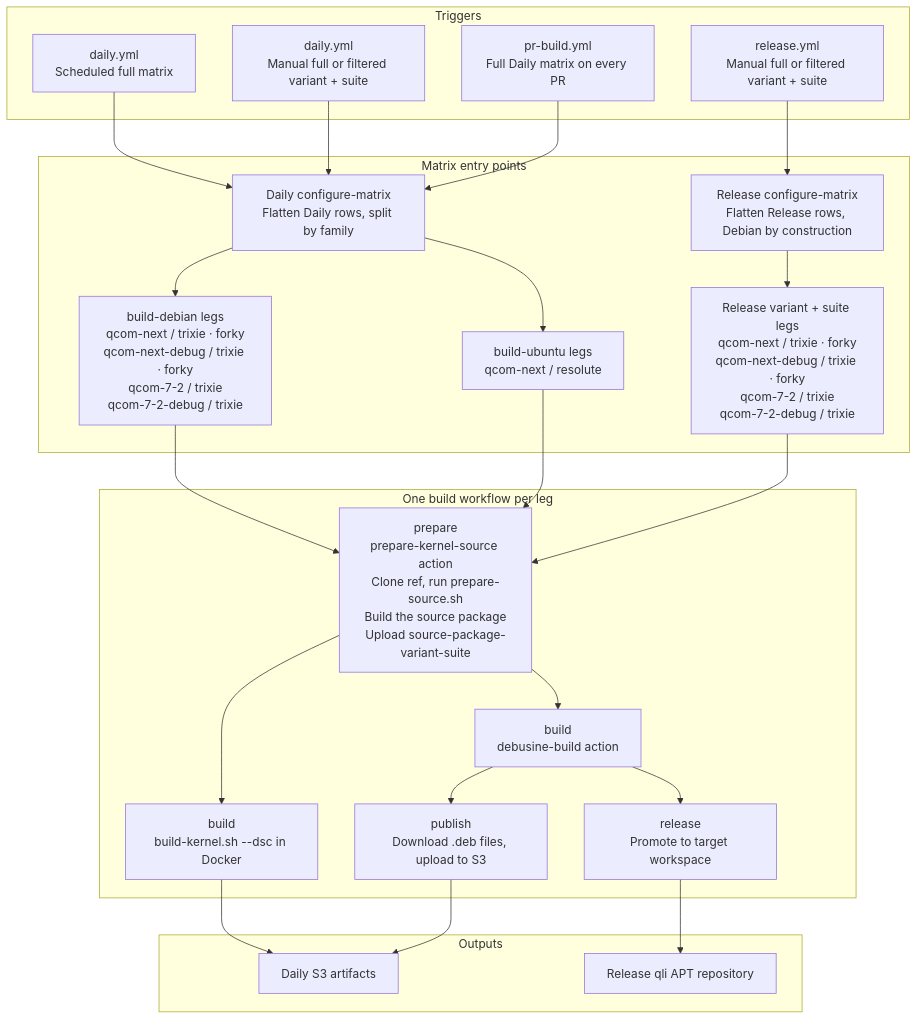
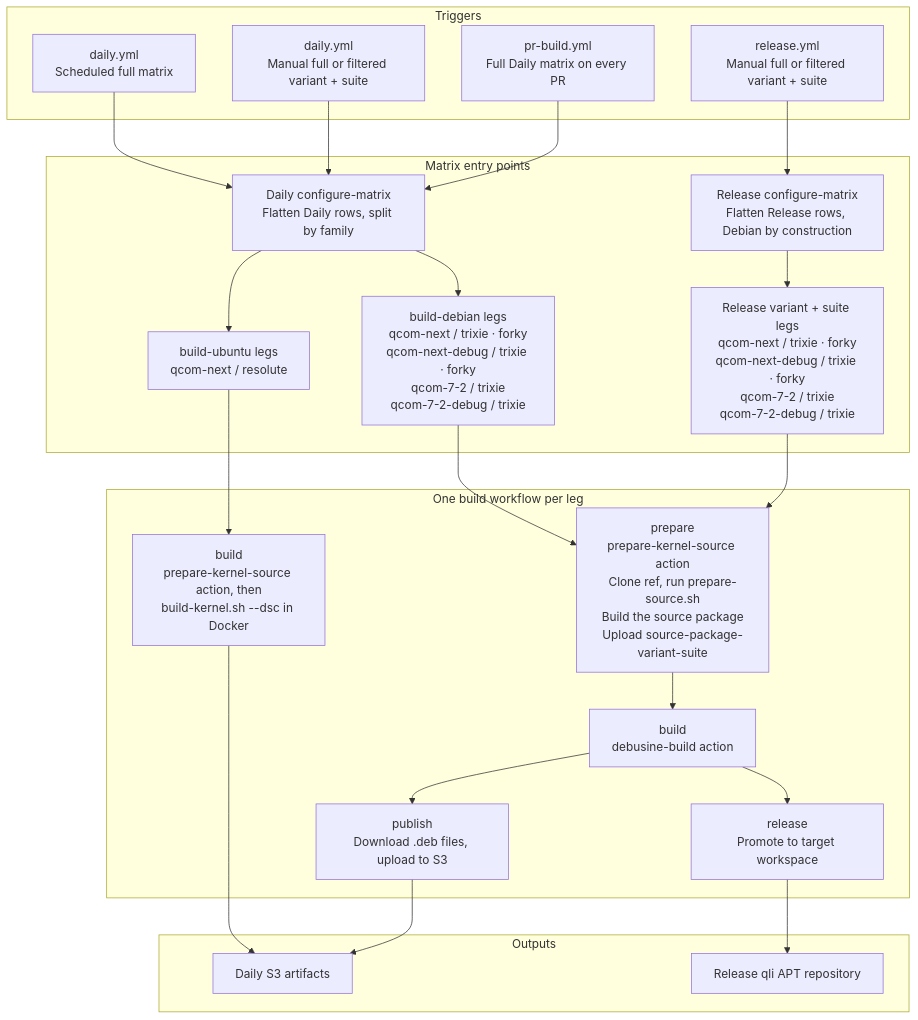
The second of 6 diagrams in README.md (qualcomm-linux/pkg-linux-qcom), drawn with Mermaid before and after one commit. The commit also changed other lines of this file and 1 other file, not shown here.

Commit message:
ci: build the Ubuntu leg in one job
The prepare job and the build job ran on the same runner label, so the
only thing the artifact between them did was cross a job boundary that
had no other reason to exist: uploaded by one ephemeral runner to be
downloaded by the next. One job now clones, prepares, builds the source
package and builds the binaries from it in place. The action still
uploads the .changes set, as the record of what was built, but nothing
downloads it.

The build job's own image-fetch step goes with it. It repeated the
action's pull-or-build decision for one suite; the action makes that
decision for every suite before prepare-source.sh runs, and leaves the
docker-pkg-build checkout where build-kernel.sh looks for it when it had
to build the image.

````diff
--- a/README.md
+++ b/README.md
@@ -318,45 +318,45 @@
 ```mermaid
 flowchart TD
     subgraph triggers[Triggers]
         A1["daily.yml\nScheduled full matrix"]
         A2["daily.yml\nManual full or filtered variant + suite"]
         A5["pr-build.yml\nFull Daily matrix on every PR"]
         A3["release.yml\nManual full or filtered variant + suite"]
     end
 
     subgraph matrix[Matrix entry points]
         B1["Daily configure-matrix\nFlatten Daily rows, split by family"]
         B2["build-debian legs\nqcom-next / trixie · forky\nqcom-next-debug / trixie · forky\nqcom-7-2 / trixie\nqcom-7-2-debug / trixie"]
         B5["build-ubuntu legs\nqcom-next / resolute"]
         B3["Release configure-matrix\nFlatten Release rows, Debian by construction"]
         B4["Release variant + suite legs\nqcom-next / trixie · forky\nqcom-next-debug / trixie · forky\nqcom-7-2 / trixie\nqcom-7-2-debug / trixie"]
     end
 
     subgraph build[One build workflow per leg]
         C2["prepare\nprepare-kernel-source action\nClone ref, run prepare-source.sh\nBuild the source package\nUpload source-package-variant-suite"]
         C3["build\ndebusine-build action"]
-        C4["build\nbuild-kernel.sh --dsc in Docker"]
+        C4["build\nprepare-kernel-source action, then\nbuild-kernel.sh --dsc in Docker"]
         C5["publish\nDownload .deb files, upload to S3"]
         C6["release\nPromote to target workspace"]
     end
 
     subgraph outputs[Outputs]
         D1["Daily S3 artifacts"]
         D2["Release qli APT repository"]
     end
 
     A1 --> B1
     A2 --> B1
     A5 --> B1
     A3 --> B3
     B1 --> B2 & B5
     B3 --> B4
     B2 --> C2
-    B5 --> C2
+    B5 --> C4
     B4 --> C2
-    C2 --> C3 & C4
+    C2 --> C3
     C3 --> C5 & C6
     C4 --> D1
     C5 --> D1
     C6 --> D2
 ```
````
